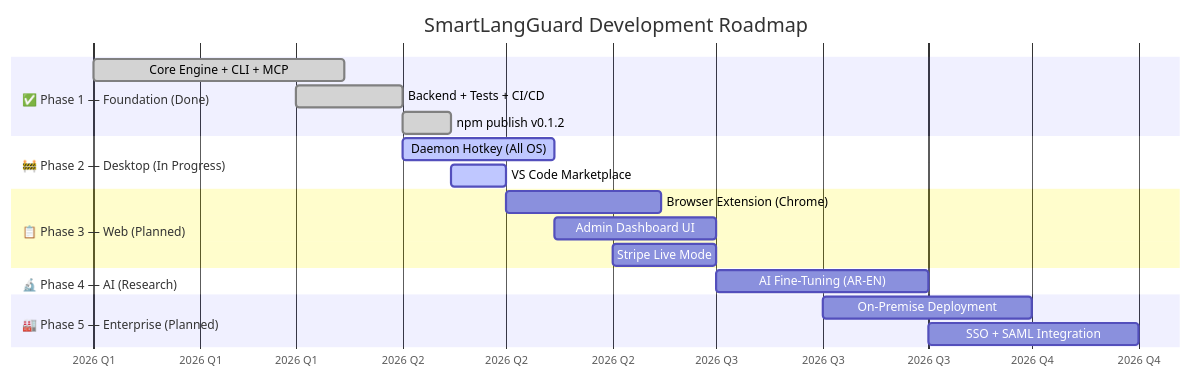
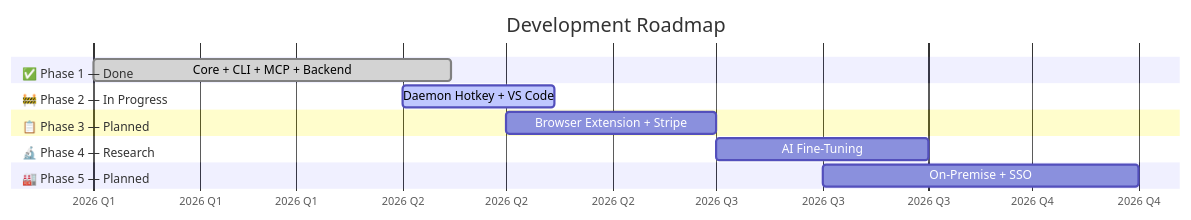
Before and after one commit to ahmdelbaz28-ux/rewrite: the ninth of 9 diagrams in README.md, drawn with Mermaid. The commit also changed other lines of this file, not shown here.

````diff
--- a/README.md
+++ b/README.md
@@ -1150,27 +1448,16 @@
 ```mermaid
 gantt
-    title SmartLangGuard Development Roadmap
+    title Development Roadmap
     dateFormat  YYYY-MM-DD
     axisFormat  %Y Q%q
-    
-    section ✅ Phase 1 — Foundation (Done)
-    Core Engine + CLI + MCP      :done, 2026-01-01, 2026-03-15
-    Backend + Tests + CI/CD      :done, 2026-03-01, 2026-04-01
-    npm publish v0.1.2           :done, 2026-04-01, 2026-04-15
-    
-    section 🚧 Phase 2 — Desktop (In Progress)
-    Daemon Hotkey (All OS)       :active, 2026-04-01, 2026-05-15
-    VS Code Marketplace          :active, 2026-04-15, 2026-05-01
-    
-    section 📋 Phase 3 — Web (Planned)
-    Browser Extension (Chrome)   :2026-05-01, 2026-06-15
-    Admin Dashboard UI           :2026-05-15, 2026-07-01
-    Stripe Live Mode             :2026-06-01, 2026-07-01
-    
-    section 🔬 Phase 4 — AI (Research)
-    AI Fine-Tuning (AR-EN)       :2026-07-01, 2026-09-01
-    
-    section 🏭 Phase 5 — Enterprise (Planned)
-    On-Premise Deployment        :2026-08-01, 2026-10-01
-    SSO + SAML Integration       :2026-09-01, 2026-11-01
+    section ✅ Phase 1 — Done
+    Core + CLI + MCP + Backend   :done, 2026-01-01, 2026-04-15
+    section 🚧 Phase 2 — In Progress
+    Daemon Hotkey + VS Code      :active, 2026-04-01, 2026-05-15
+    section 📋 Phase 3 — Planned
+    Browser Extension + Stripe   :2026-05-01, 2026-07-01
+    section 🔬 Phase 4 — Research
+    AI Fine-Tuning               :2026-07-01, 2026-09-01
+    section 🏭 Phase 5 — Planned
+    On-Premise + SSO             :2026-08-01, 2026-11-01
 ```
````
